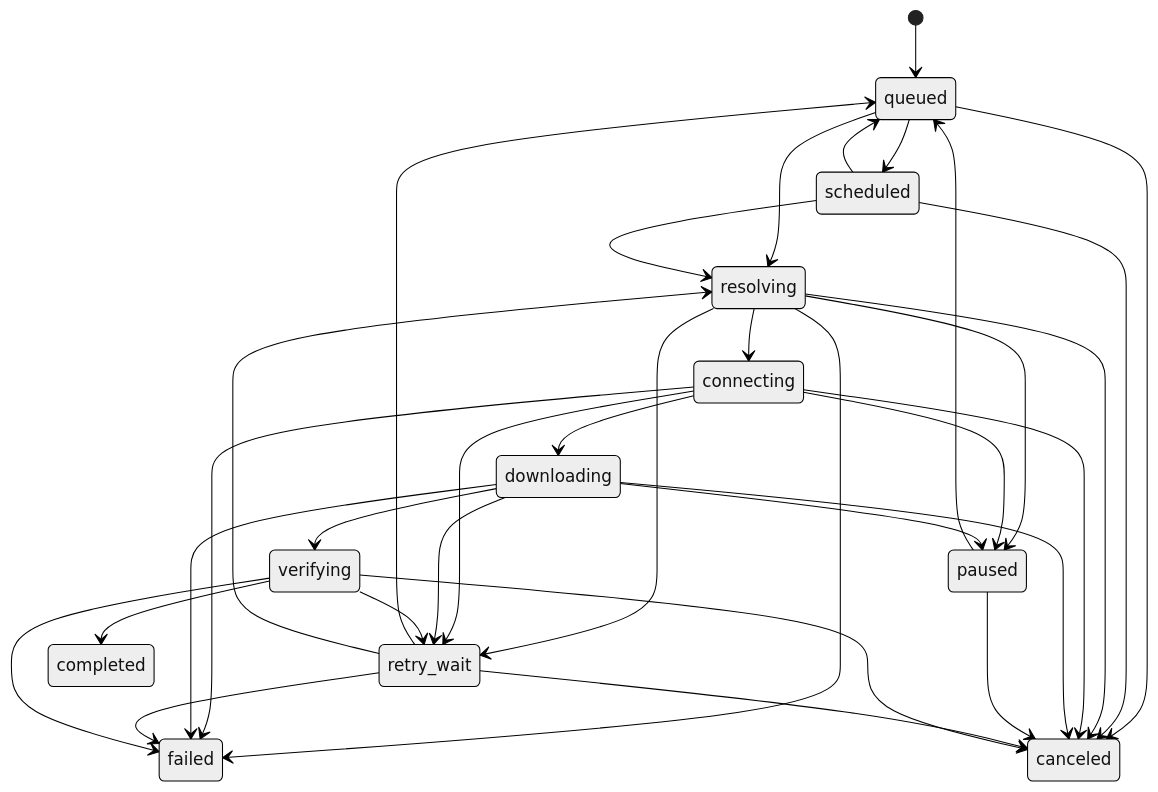
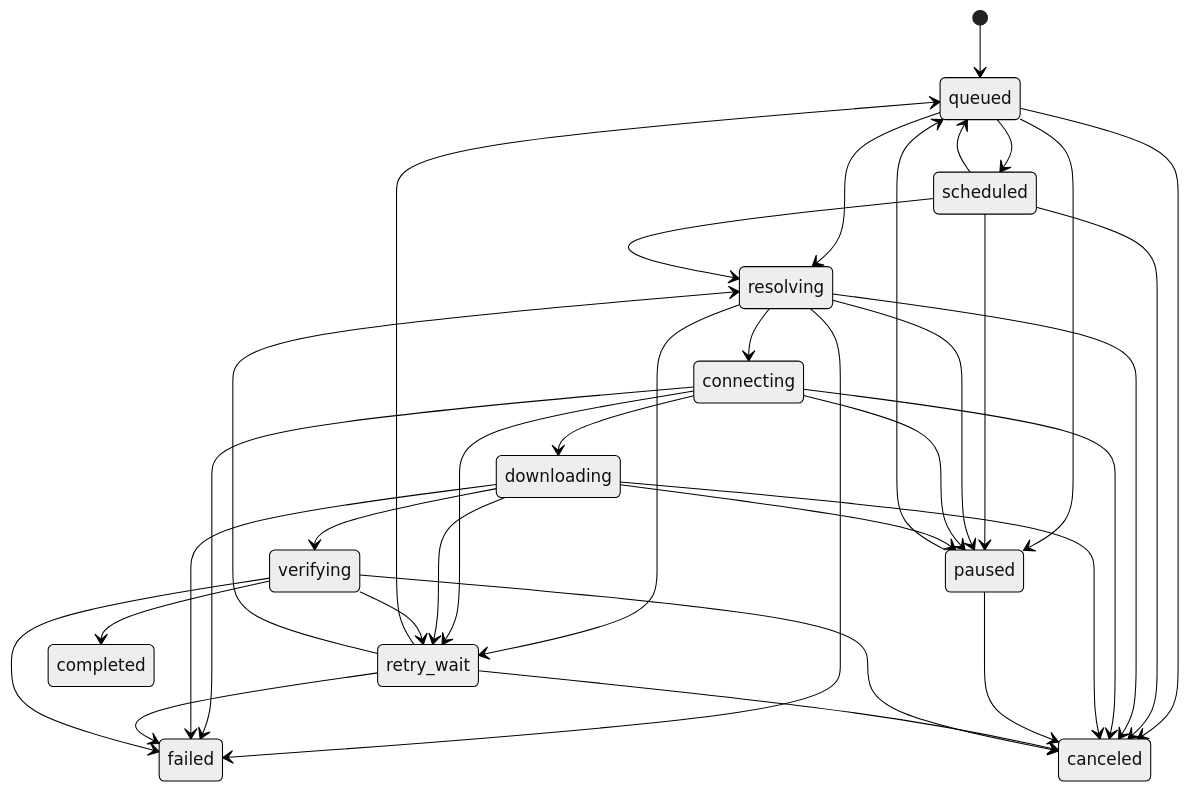
One commit to MJKhaani/SpeedDownload changed the diagram in docs/download-state-machine.md. Above: the diagram before and after it, drawn with Mermaid (neutral theme). The commit also changed other lines of this file and 8 other files, not shown here.

````diff
--- a/docs/download-state-machine.md
+++ b/docs/download-state-machine.md
@@ -7,35 +8,37 @@
 ```mermaid
 stateDiagram-v2
     [*] --> queued
     queued --> scheduled
     queued --> resolving
+    queued --> paused
     queued --> canceled
     scheduled --> queued
     scheduled --> resolving
+    scheduled --> paused
     scheduled --> canceled
     resolving --> connecting
     resolving --> retry_wait
     resolving --> paused
     resolving --> failed
     resolving --> canceled
     connecting --> downloading
     connecting --> retry_wait
     connecting --> paused
     connecting --> failed
     connecting --> canceled
     downloading --> retry_wait
     downloading --> paused
     downloading --> verifying
     downloading --> failed
     downloading --> canceled
     paused --> queued
     paused --> canceled
     retry_wait --> queued
     retry_wait --> resolving
     retry_wait --> failed
     retry_wait --> canceled
     verifying --> completed
     verifying --> retry_wait
     verifying --> failed
     verifying --> canceled
 ```
````
